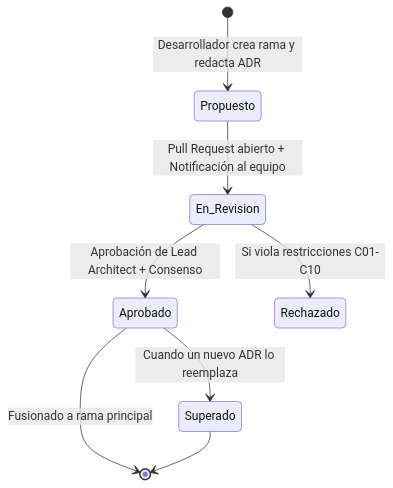
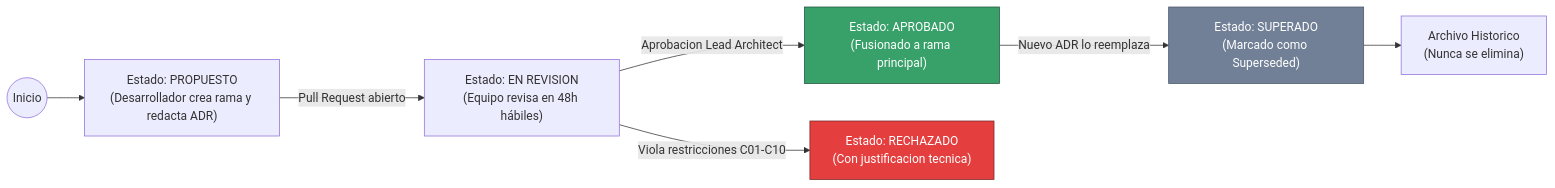
The second of 3 diagrams in docs/actividad5.md (aluengas98/parcial2_aluengas98), drawn with Mermaid before and after one commit. The commit also changed 1 other file, not shown here.

Commit message:
fix(diagrams): convert all stateDiagram-v2 and classDiagram to flowchart in actividad4 and actividad5

````diff
--- a/docs/actividad5.md
+++ b/docs/actividad5.md
@@ -73,10 +73,13 @@
 ```mermaid
-stateDiagram-v2
-    [*] --> Propuesto: Desarrollador crea rama y redacta ADR
-    Propuesto --> En_Revision: Pull Request abierto + Notificación al equipo
-    En_Revision --> Aprobado: Aprobación de Lead Architect + Consenso
-    En_Revision --> Rechazado: Si viola restricciones C01-C10
-    Aprobado --> [*]: Fusionado a rama principal
-    Aprobado --> Superado: Cuando un nuevo ADR lo reemplaza
-    Superado --> [*]
+flowchart LR
+    Init((Inicio)) --> Propuesto["Estado: PROPUESTO\n(Desarrollador crea rama y redacta ADR)"]
+    Propuesto -->|"Pull Request abierto"| En_Revision["Estado: EN REVISION\n(Equipo revisa en 48h hábiles)"]
+    En_Revision -->|"Aprobacion Lead Architect"| Aprobado["Estado: APROBADO\n(Fusionado a rama principal)"]
+    En_Revision -->|"Viola restricciones C01-C10"| Rechazado["Estado: RECHAZADO\n(Con justificacion tecnica)"]
+    Aprobado -->|"Nuevo ADR lo reemplaza"| Superado["Estado: SUPERADO\n(Marcado como Superseded)"]
+    Superado --> Archivo["Archivo Historico\n(Nunca se elimina)"]
+
+    style Aprobado fill:#38a169,stroke:#22543d,color:#ffffff
+    style Rechazado fill:#e53e3e,stroke:#742a2a,color:#ffffff
+    style Superado fill:#718096,stroke:#4a5568,color:#ffffff
 ```
````
